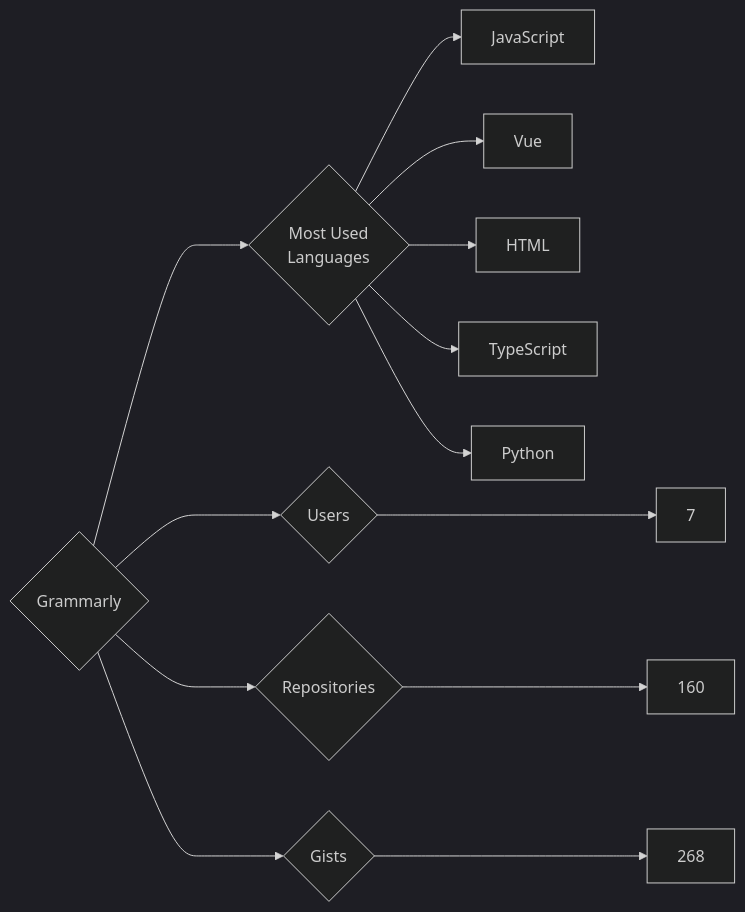
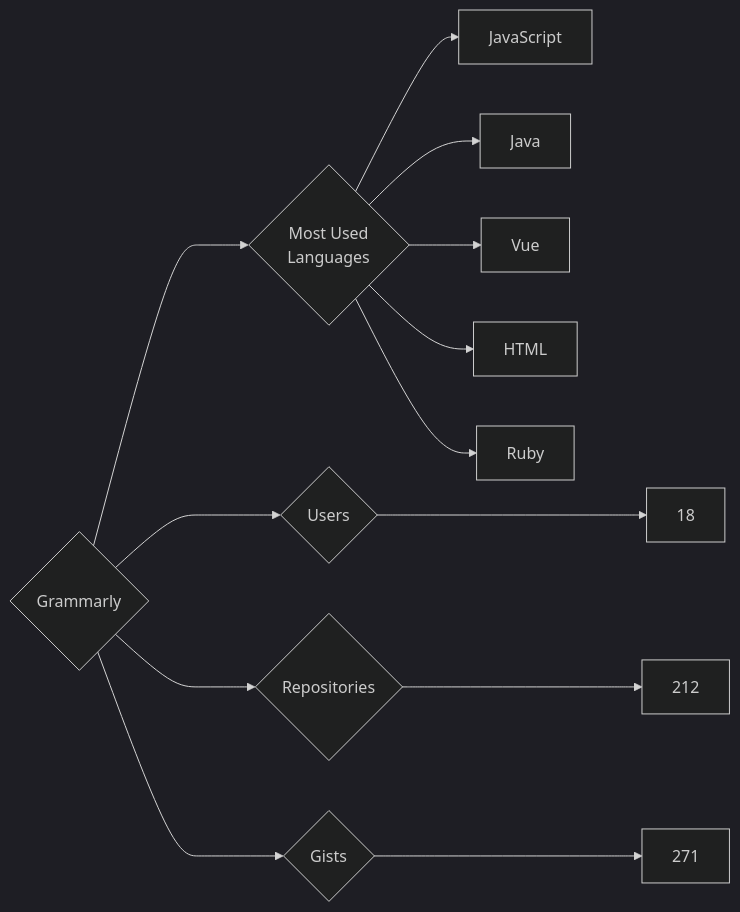
One commit to trickest/insiders changed the diagram in targets/Grammarly/README.md. Above: the diagram before and after it, drawn with Mermaid (dark theme). The commit also changed 693 other files, not shown here.

````diff
--- a/targets/Grammarly/README.md
+++ b/targets/Grammarly/README.md
@@ -3,13 +3,13 @@
 ```mermaid
 graph LR
 COMPANY_NAME{Grammarly}
-COMPANY_NAME ---> U{Users} ---> UN[7]
-COMPANY_NAME ---> R{Repositories} ---> RN[160]
-COMPANY_NAME ---> G{Gists} ---> GN[268]
+COMPANY_NAME ---> U{Users} ---> UN[18]
+COMPANY_NAME ---> R{Repositories} ---> RN[212]
+COMPANY_NAME ---> G{Gists} ---> GN[271]
 COMPANY_NAME ---> ML{Most Used<br>Languages}
 ML --> JavaScript[JavaScript]
+ML --> Java[Java]
 ML --> Vue[Vue]
 ML --> HTML[HTML]
-ML --> TypeScript[TypeScript]
-ML --> Python[Python]
+ML --> Ruby[Ruby]
 ```
````
